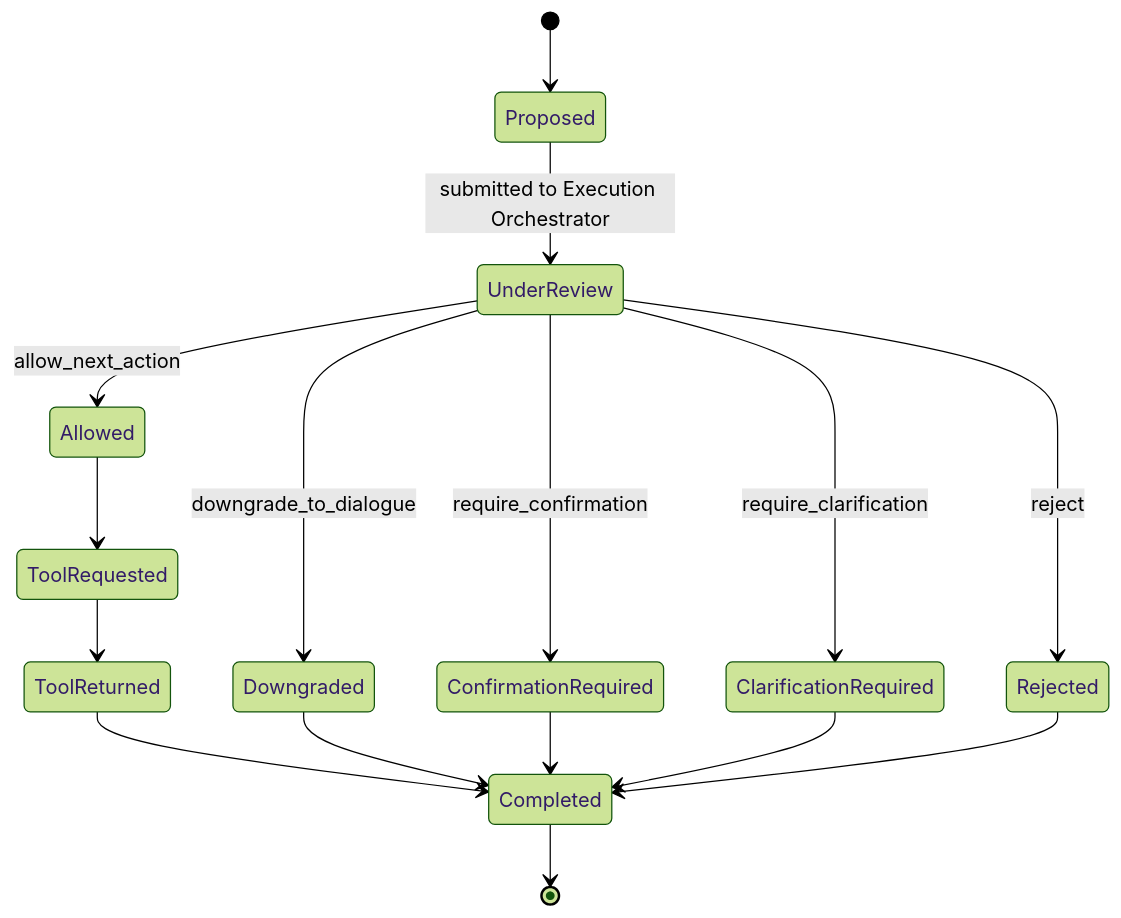
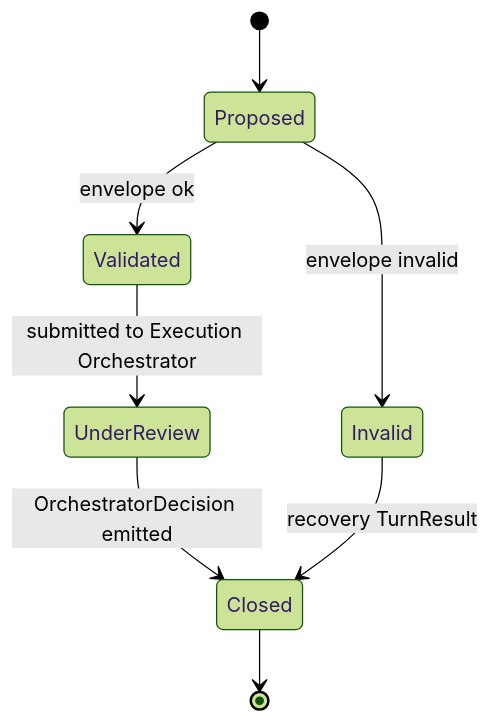
One commit to tongsh6/ai-novel-studio changed the second of 2 diagrams in docs/design-v3/02-dialogue-frame-and-micro-plan.md. Above: the diagram before and after it, drawn with Mermaid (forest theme). The commit also changed other lines of this file and 13 other files, not shown here.

````diff
--- a/docs/design-v3/02-dialogue-frame-and-micro-plan.md
+++ b/docs/design-v3/02-dialogue-frame-and-micro-plan.md
@@ -254,18 +254,10 @@
 ```mermaid
 stateDiagram-v2
     [*] --> Proposed
-    Proposed --> UnderReview: submitted to Execution Orchestrator
-    UnderReview --> Allowed: allow_next_action
-    UnderReview --> Downgraded: downgrade_to_dialogue
-    UnderReview --> ConfirmationRequired: require_confirmation
-    UnderReview --> ClarificationRequired: require_clarification
-    UnderReview --> Rejected: reject
-    Allowed --> ToolRequested
-    ToolRequested --> ToolReturned
-    ToolReturned --> Completed
-    Downgraded --> Completed
-    ConfirmationRequired --> Completed
-    ClarificationRequired --> Completed
-    Rejected --> Completed
-    Completed --> [*]
+    Proposed --> Validated: envelope ok
+    Proposed --> Invalid: envelope invalid
+    Validated --> UnderReview: submitted to Execution Orchestrator
+    UnderReview --> Closed: OrchestratorDecision emitted
+    Invalid --> Closed: recovery TurnResult
+    Closed --> [*]
 ```
````
